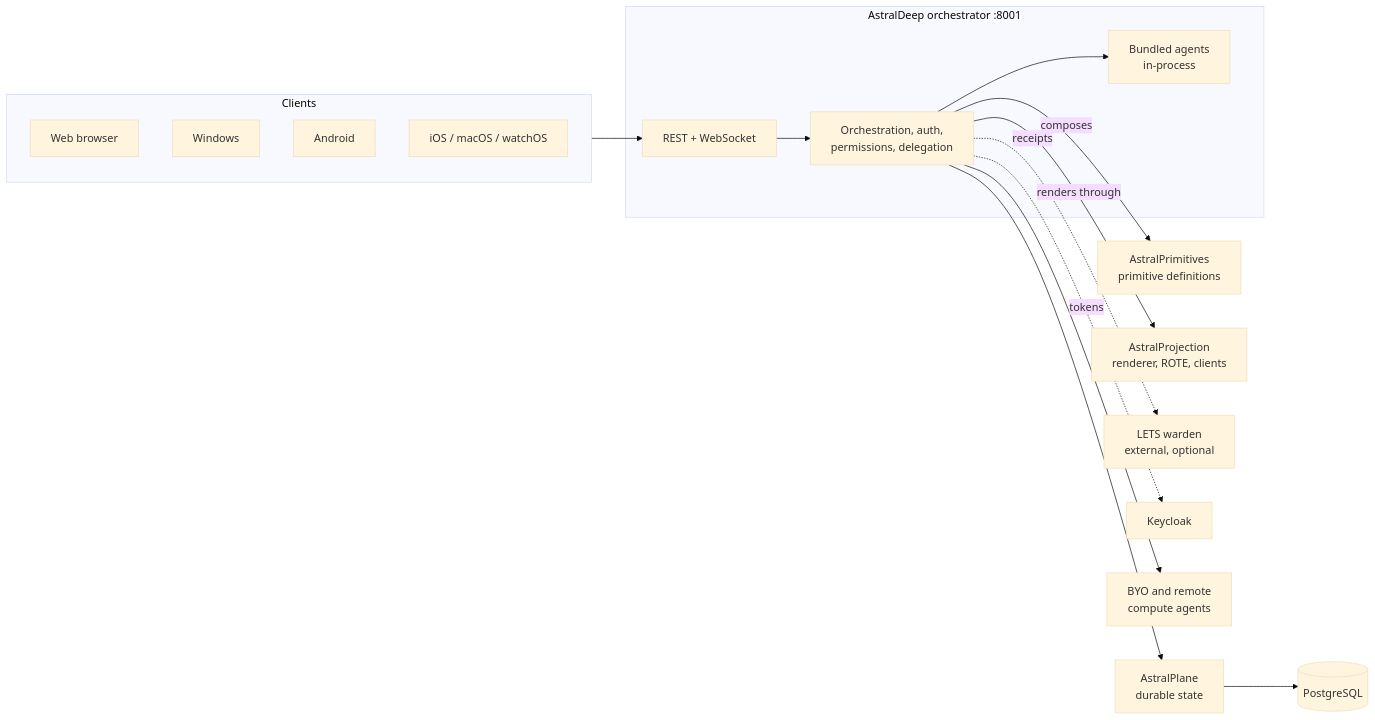
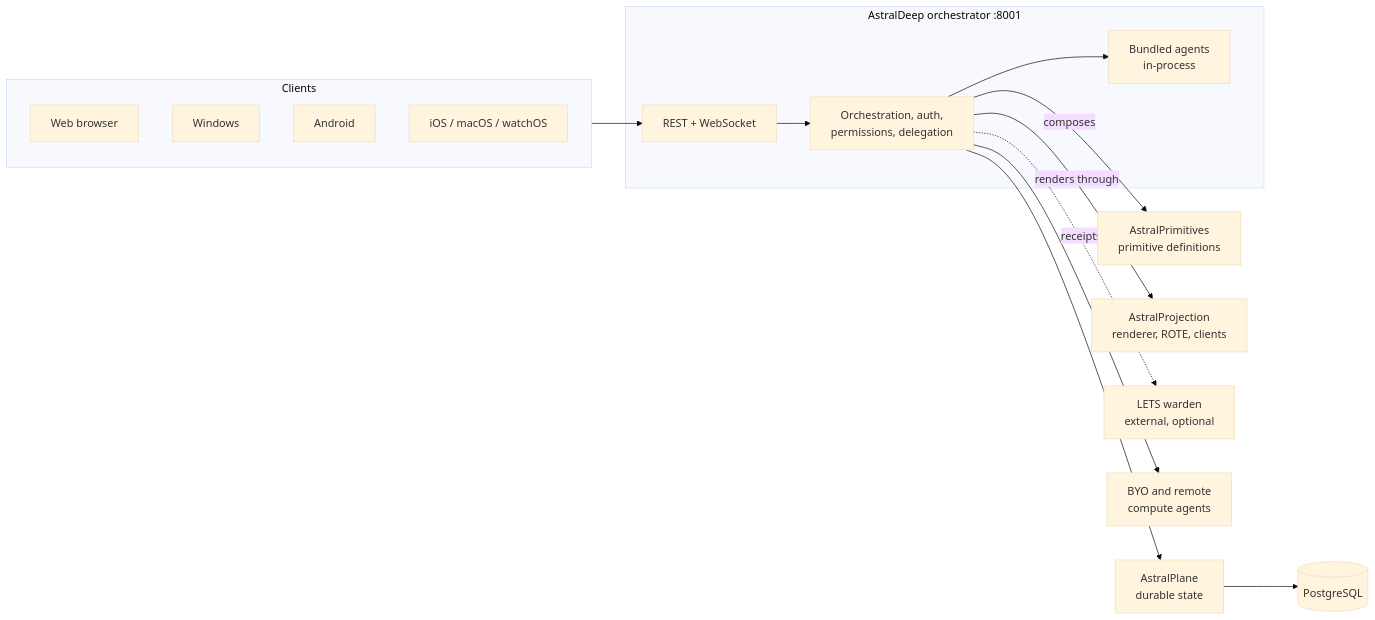
The diagram in README.md (AstralDeep/AstralDeep), drawn with Mermaid (base theme) before and after one commit. The commit also changed other lines of this file and 17 other files, not shown here.

````diff
--- a/README.md
+++ b/README.md
@@ -40,31 +40,29 @@
 ```mermaid
 flowchart LR
     subgraph Clients
         Web[Web browser]
         Win[Windows]
         And[Android]
         Apple[iOS / macOS / watchOS]
     end
     subgraph Deep[AstralDeep orchestrator :8001]
         API[REST + WebSocket]
         Orch[Orchestration, auth,<br/>permissions, delegation]
         Agents[Bundled agents<br/>in-process]
     end
     Prims[AstralPrimitives<br/>primitive definitions]
     Proj[AstralProjection<br/>renderer, ROTE, clients]
     Plane[AstralPlane<br/>durable state]
     PG[(PostgreSQL)]
     LETS[LETS warden<br/>external, optional]
-    KC[Keycloak]
     Remote[BYO and remote<br/>compute agents]
 
     Clients --> API
     API --> Orch
     Orch --> Agents
     Orch --> Remote
     Orch -- composes --> Prims
     Orch -- renders through --> Proj
     Orch --> Plane --> PG
     Orch -. receipts .-> LETS
-    Orch -. tokens .-> KC
 ```
````
